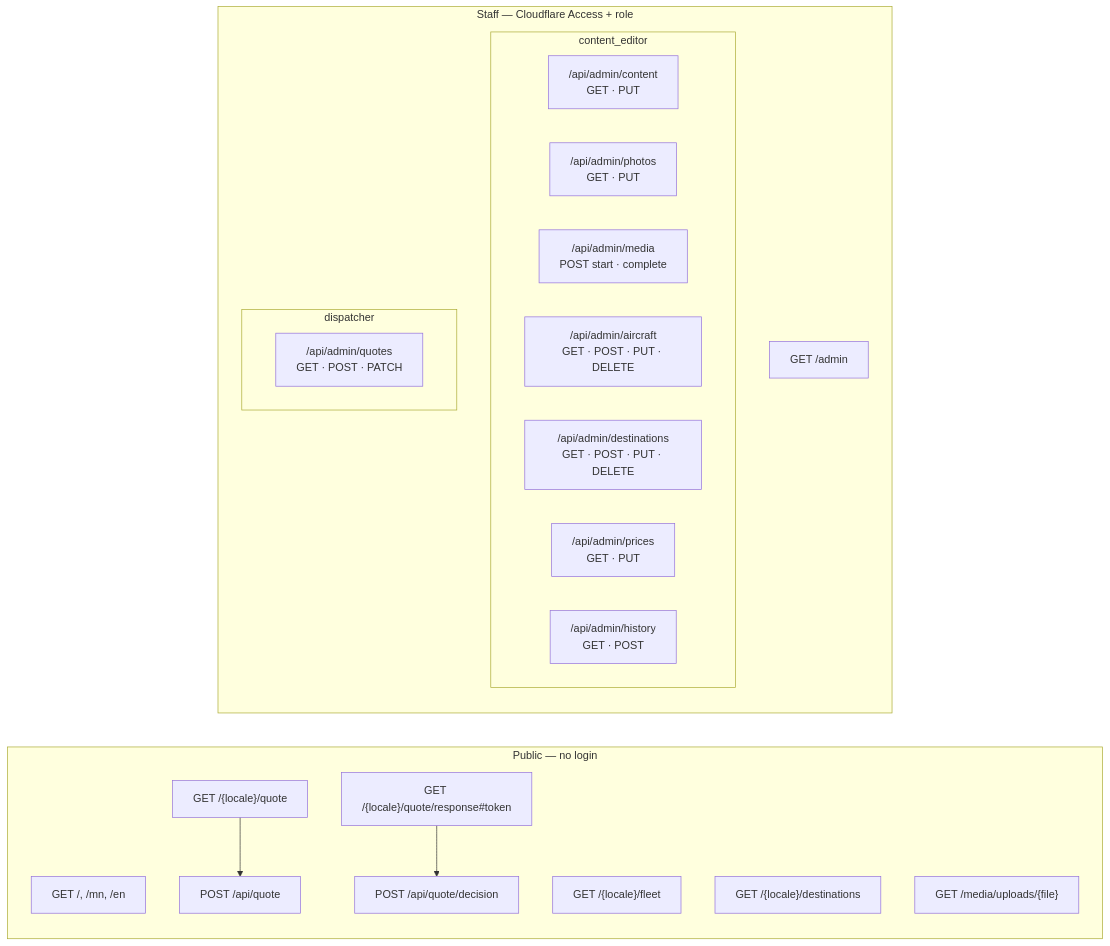
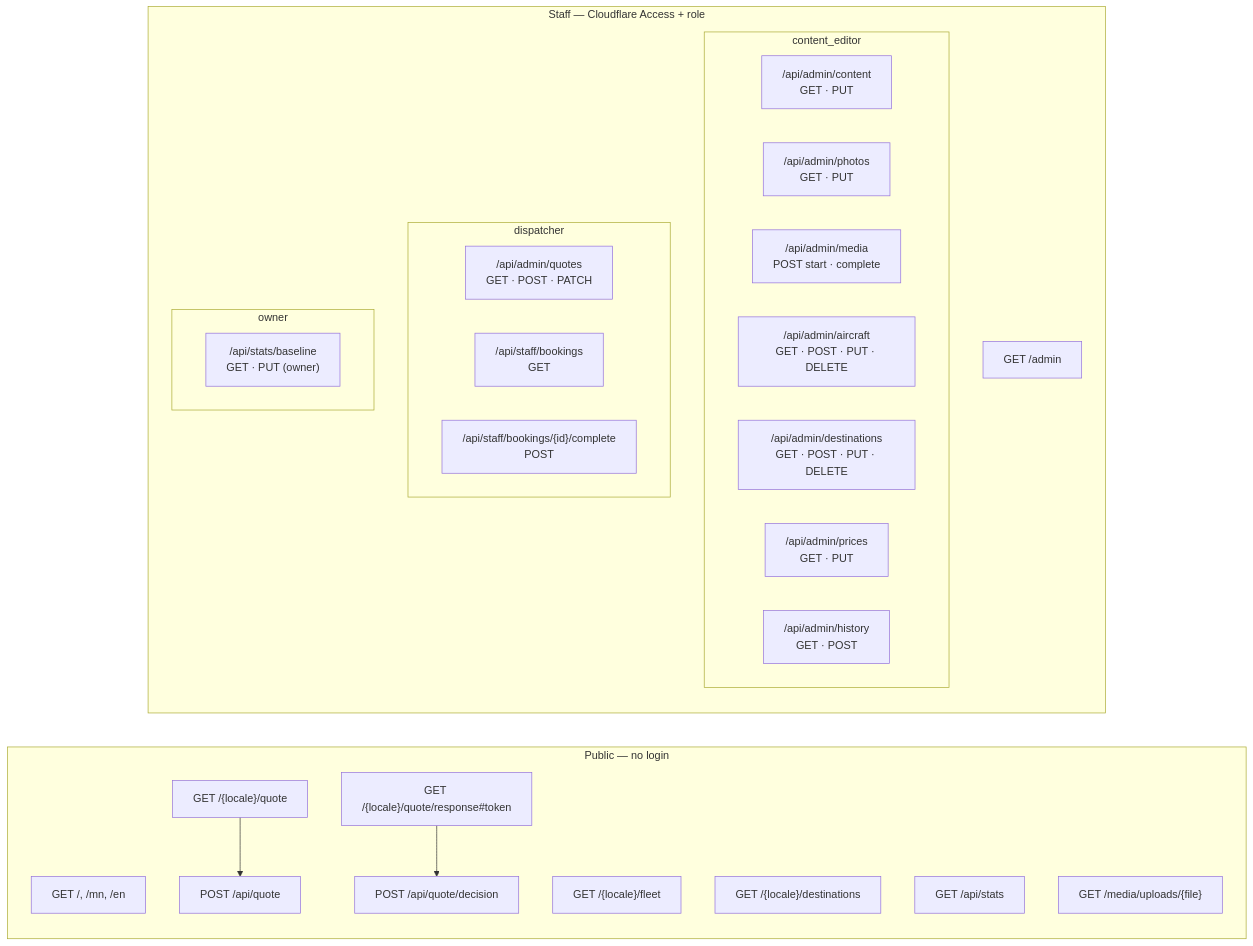
Before and after one commit to saintbdrh/ajet: the diagram in docs/api.md, drawn with Mermaid. The commit also changed other lines of this file and 60 other files, not shown here.

````diff
--- a/docs/api.md
+++ b/docs/api.md
@@ -7,30 +7,36 @@
 ```mermaid
 flowchart LR
     subgraph public[Public — no login]
         P1["GET /, /mn, /en"]
         P2["GET /{locale}/fleet"]
         P3["GET /{locale}/destinations"]
         P4["GET /{locale}/quote"]
         P5["GET /{locale}/quote/response#token"]
         A1["POST /api/quote"]
         A2["POST /api/quote/decision"]
+        P6["GET /api/stats"]
         M1["GET /media/uploads/{file}"]
     end
     subgraph staff[Staff — Cloudflare Access + role]
         S0["GET /admin"]
         subgraph ce[content_editor]
             C1["/api/admin/content<br/>GET · PUT"]
             C2["/api/admin/photos<br/>GET · PUT"]
             C3["/api/admin/media<br/>POST start · complete"]
             C4["/api/admin/aircraft<br/>GET · POST · PUT · DELETE"]
             C5["/api/admin/destinations<br/>GET · POST · PUT · DELETE"]
             C6["/api/admin/prices<br/>GET · PUT"]
             C7["/api/admin/history<br/>GET · POST"]
         end
         subgraph di[dispatcher]
             D1["/api/admin/quotes<br/>GET · POST · PATCH"]
+            D2["/api/staff/bookings<br/>GET"]
+            D3["/api/staff/bookings/{id}/complete<br/>POST"]
+        end
+        subgraph ow[owner]
+            O1["/api/stats/baseline<br/>GET · PUT (owner)"]
         end
     end
     P4 --> A1
     P5 --> A2
 ```
````
